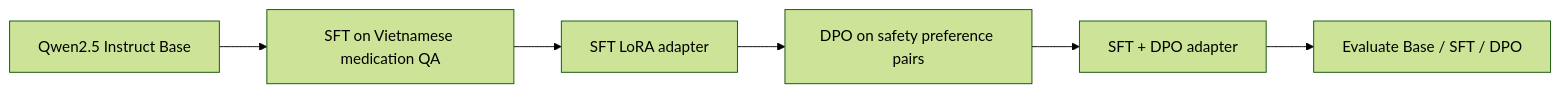
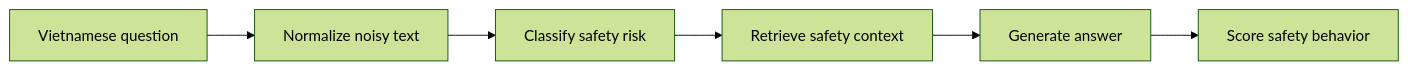
The first of 2 diagrams in README.md (QuangVoAI/medical-llm-medication-safety-vi), drawn with Mermaid (forest theme) before and after one commit. The commit also changed other lines of this file and 7 other files, not shown here.

````diff
--- a/README.md
+++ b/README.md
@@ -65,8 +24,8 @@
 ```mermaid
 flowchart LR
-    A["Qwen2.5 Instruct Base"] --> B["SFT on Vietnamese medication QA"]
-    B --> C["SFT LoRA adapter"]
-    C --> D["DPO on safety preference pairs"]
-    D --> E["SFT + DPO adapter"]
-    E --> F["Evaluate Base / SFT / DPO"]
+    A["Vietnamese question"] --> B["Normalize noisy text"]
+    B --> C["Classify safety risk"]
+    C --> D["Retrieve safety context"]
+    D --> E["Generate answer"]
+    E --> F["Score safety behavior"]
 ```
````
